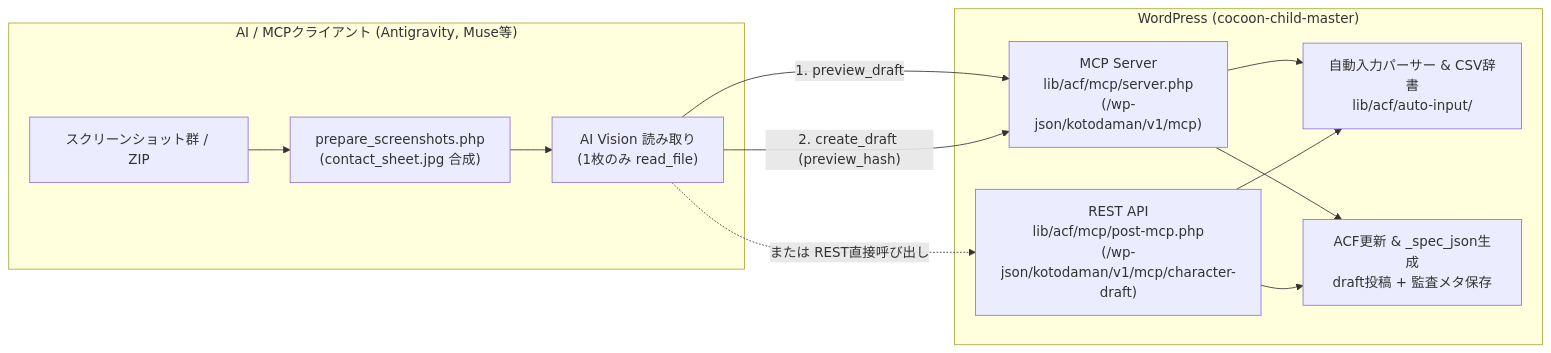
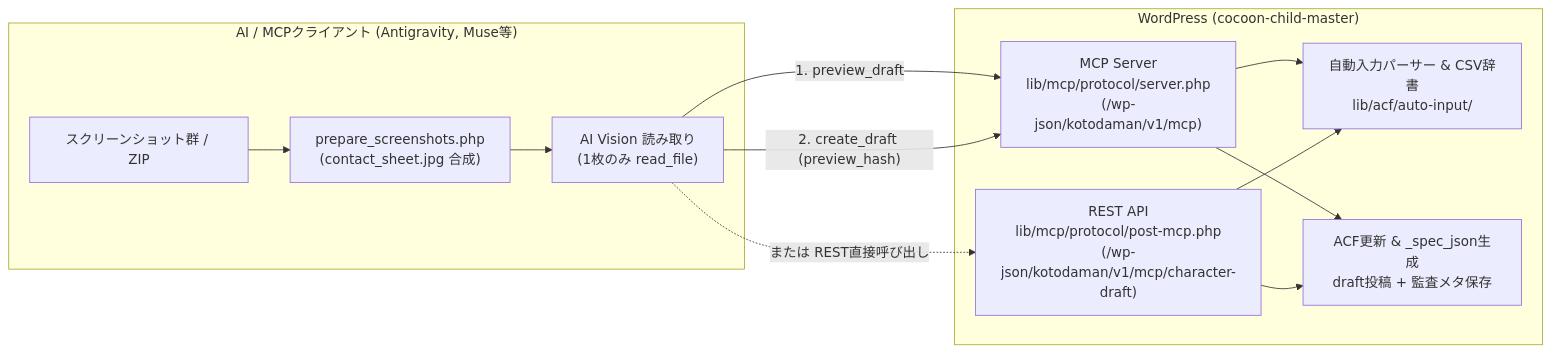
Before and after one commit to satorub01-cyber/kotodaman-db: the diagram in documents/mcp/README.md, drawn with Mermaid. The commit also changed other lines of this file and 33 other files, not shown here.

````diff
--- a/documents/mcp/README.md
+++ b/documents/mcp/README.md
@@ -64,22 +67,22 @@
 ```mermaid
 flowchart LR
     subgraph Client["AI / MCPクライアント (Antigravity, Muse等)"]
         IMG["スクリーンショット群 / ZIP"] --> PREP["prepare_screenshots.php<br/>(contact_sheet.jpg 合成)"]
         PREP --> AI["AI Vision 読み取り<br/>(1枚のみ read_file)"]
     end
 
     subgraph WP["WordPress (cocoon-child-master)"]
-        MCP["MCP Server<br/>lib/acf/mcp/server.php<br/>(/wp-json/kotodaman/v1/mcp)"]
-        REST["REST API<br/>lib/acf/mcp/post-mcp.php<br/>(/wp-json/kotodaman/v1/mcp/character-draft)"]
+        MCP["MCP Server<br/>lib/mcp/protocol/server.php<br/>(/wp-json/kotodaman/v1/mcp)"]
+        REST["REST API<br/>lib/mcp/protocol/post-mcp.php<br/>(/wp-json/kotodaman/v1/mcp/character-draft)"]
         PARSER["自動入力パーサー & CSV辞書<br/>lib/acf/auto-input/"]
         ACF["ACF更新 & _spec_json生成<br/>draft投稿 + 監査メタ保存"]
     end
 
     AI -->|"1. preview_draft"| MCP
     AI -->|"2. create_draft (preview_hash)"| MCP
     AI -.->|"または REST直接呼び出し"| REST
     MCP --> PARSER
     REST --> PARSER
     MCP --> ACF
     REST --> ACF
 ```
````
